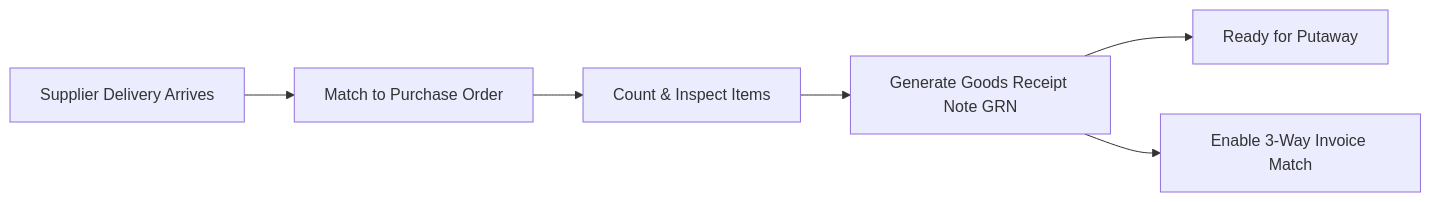
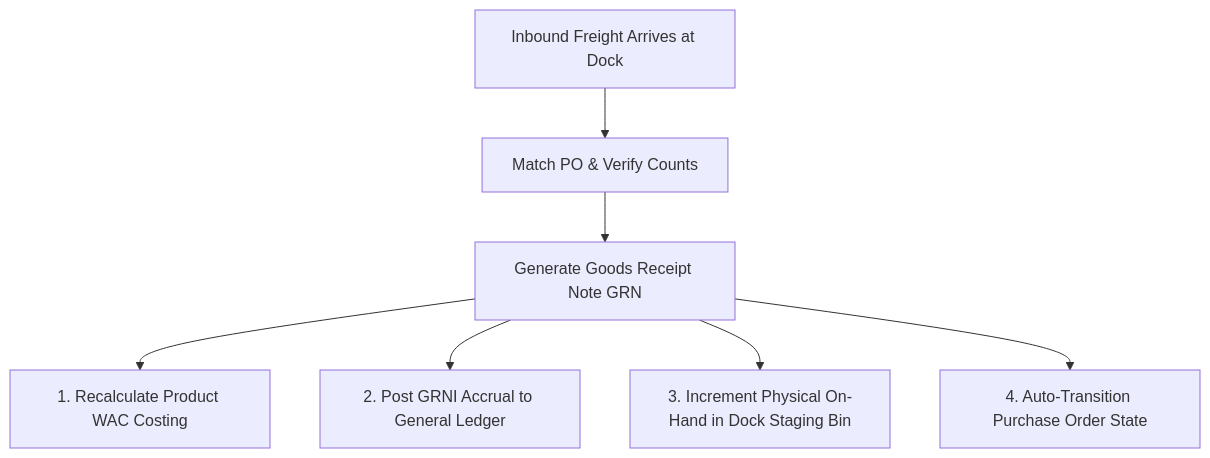
One commit to herobmdotcom/herobm changed the diagram in docs/user/receiving.md. Above: the diagram before and after it, drawn with Mermaid. The commit also changed other lines of this file and 168 other files, not shown here.

````diff
--- a/docs/user/receiving.md
+++ b/docs/user/receiving.md
@@ -43,8 +46,9 @@
 ```mermaid
-flowchart LR
-    A[Supplier Delivery Arrives] --> B[Match to Purchase Order]
-    B --> C[Count & Inspect Items]
-    C --> D[Generate Goods Receipt Note GRN]
-    D --> E[Ready for Putaway]
-    D --> F[Enable 3-Way Invoice Match]
+flowchart TD
+    A[Inbound Freight Arrives at Dock] --> B[Match PO & Verify Counts]
+    B --> C[Generate Goods Receipt Note GRN]
+    C --> D[1. Recalculate Product WAC Costing]
+    C --> E[2. Post GRNI Accrual to General Ledger]
+    C --> F[3. Increment Physical On-Hand in Dock Staging Bin]
+    C --> G[4. Auto-Transition Purchase Order State]
 ```
````
